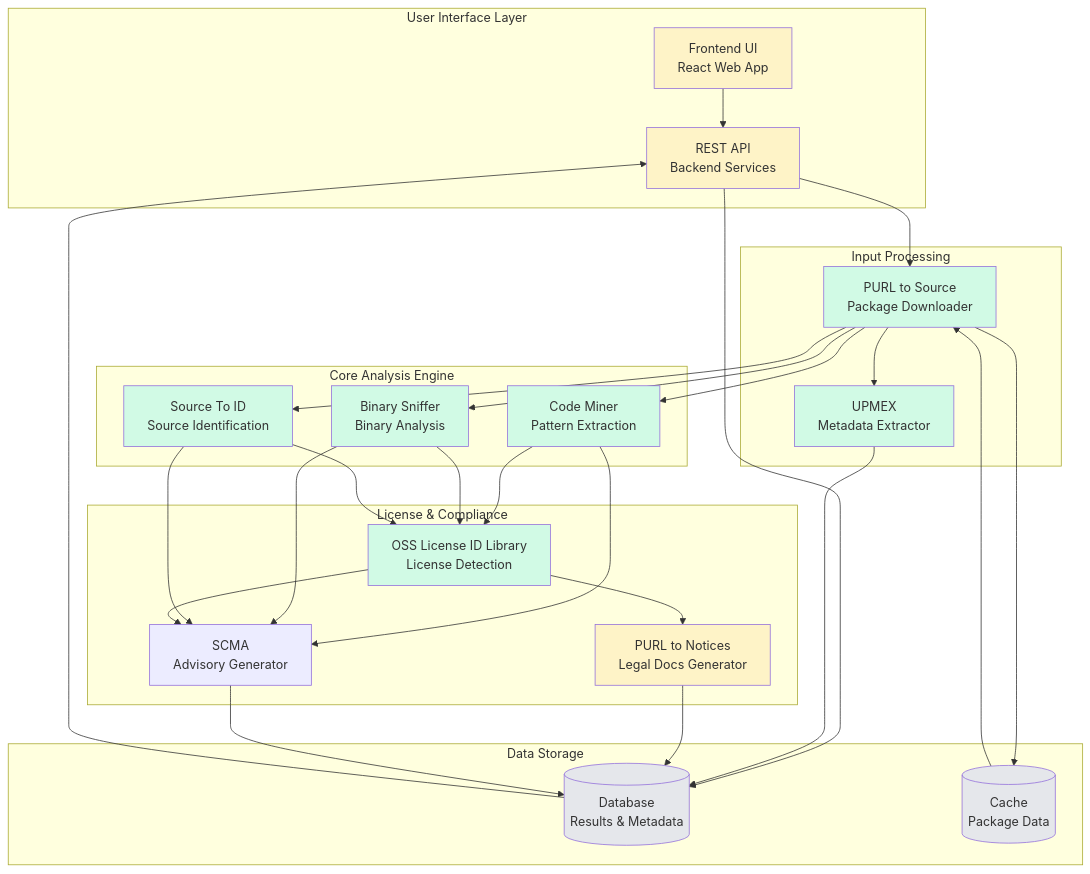
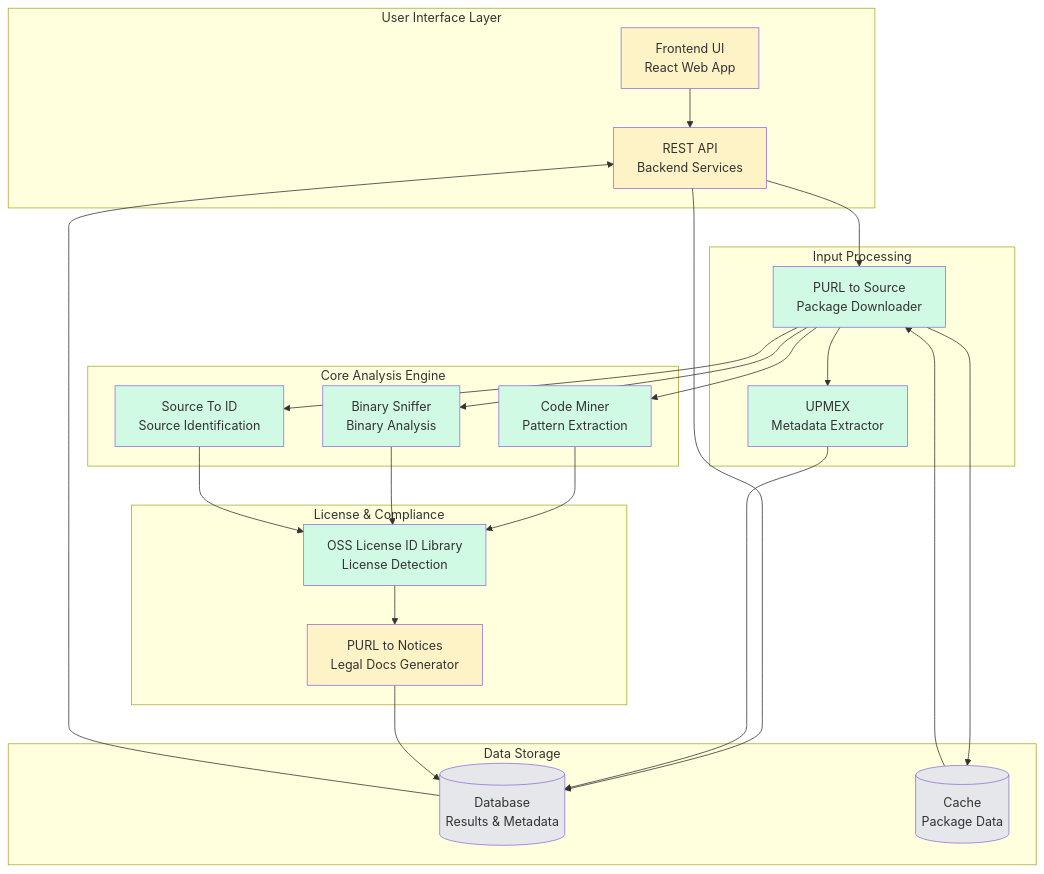
The first of 4 diagrams in capability-map.md (SemClone/semcl.one), drawn with Mermaid before and after one commit. The commit also changed other lines of this file and 5 other files, not shown here.

````diff
--- a/capability-map.md
+++ b/capability-map.md
@@ -5,68 +5,62 @@
 ```mermaid
 graph TB
     subgraph "User Interface Layer"
         WEB[Frontend UI<br/>React Web App]
         API[REST API<br/>Backend Services]
     end
 
     subgraph "Input Processing"
         PURL[PURL to Source<br/>Package Downloader]
         UPMEX[UPMEX<br/>Metadata Extractor]
     end
 
     subgraph "Core Analysis Engine"
         MINER[Code Miner<br/>Pattern Extraction]
         BINARY[Binary Sniffer<br/>Binary Analysis]
         SRC2ID[Source To ID<br/>Source Identification]
     end
 
     subgraph "License & Compliance"
         OSLILI[OSS License ID Library<br/>License Detection]
         NOTICE[PURL to Notices<br/>Legal Docs Generator]
-        SCMA[SCMA<br/>Advisory Generator]
     end
 
     subgraph "Data Storage"
         DB[(Database<br/>Results & Metadata)]
         CACHE[(Cache<br/>Package Data)]
     end
 
     WEB --> API
     API --> PURL
     API --> DB
     
     PURL --> CACHE
     PURL --> UPMEX
     PURL --> MINER
     PURL --> BINARY
     PURL --> SRC2ID
     
     UPMEX --> DB
     
     MINER --> OSLILI
     BINARY --> OSLILI
     SRC2ID --> OSLILI
-    MINER --> SCMA
-    BINARY --> SCMA
-    SRC2ID --> SCMA
     
     OSLILI --> NOTICE
-    OSLILI --> SCMA
     
     NOTICE --> DB
-    SCMA --> DB
     DB --> API
     CACHE --> PURL
 
     style WEB fill:#fef3c7
     style API fill:#fef3c7
     style PURL fill:#d1fae5
     style UPMEX fill:#d1fae5
     style MINER fill:#d1fae5
     style BINARY fill:#d1fae5
     style SRC2ID fill:#d1fae5
     style OSLILI fill:#d1fae5
     style NOTICE fill:#fef3c7
     style DB fill:#e5e7eb
     style CACHE fill:#e5e7eb
 ```
````
